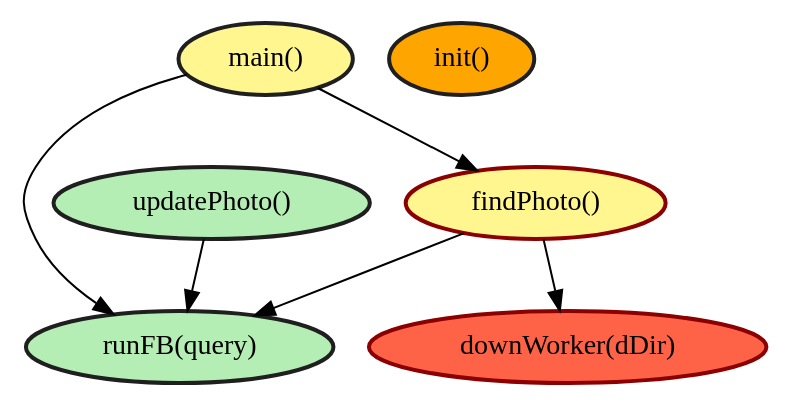
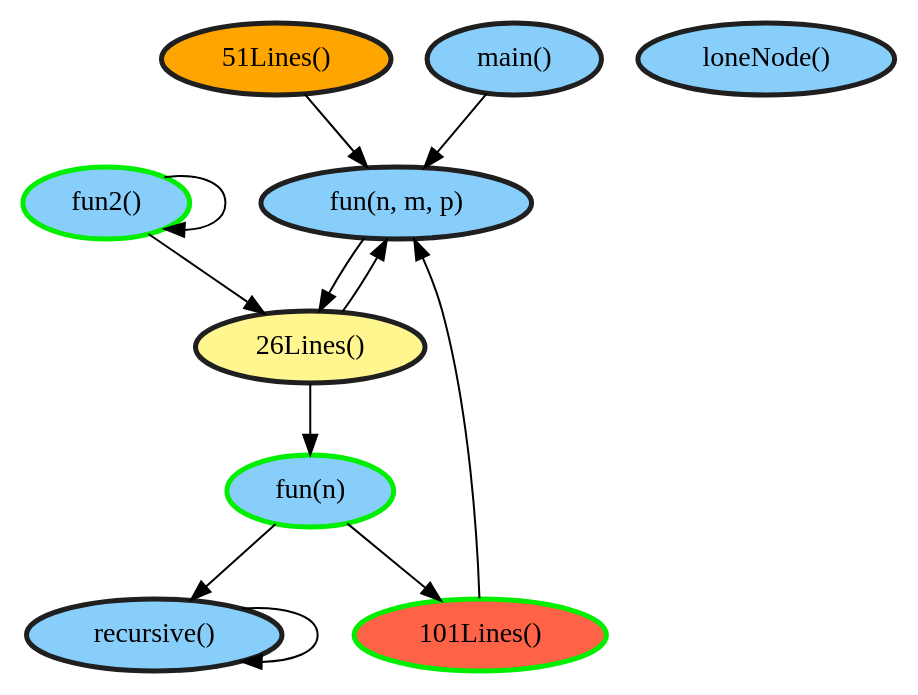
The diagram in output.dot (qstevens/CPSC410-Analysis-Visualizer), drawn with Graphviz before and after one commit. The commit also changed 5 other files, not shown here.

```diff
--- a/output.dot
+++ b/output.dot
@@ -1,20 +1,32 @@
 digraph functionAnalysis {
-" runFB(query)"[shape=oval penwidth=2  color=grey12 style=filled fillcolor=darkseagreen2] 
-" main()"->" runFB(query)"
-" findPhoto()"->" runFB(query)"
-" updatePhoto()"->" runFB(query)"
-" findPhoto()"[shape=oval penwidth=2  color=red4 style=filled fillcolor=khaki1] 
-" main()"->" findPhoto()"
-" downWorker(dDir)"[shape=oval penwidth=2  color=red4 style=filled fillcolor=tomato] 
-" findPhoto()"->" downWorker(dDir)"
-" downWorker(dDir)"[shape=oval penwidth=2  color=red4 style=filled fillcolor=tomato] 
-" runFB(query)"[shape=oval penwidth=2  color=grey12 style=filled fillcolor=darkseagreen2] 
-" init()"[shape=oval penwidth=2  color=grey12 style=filled fillcolor=orange] 
-" init()"
-" main()"[shape=oval penwidth=2  color=grey12 style=filled fillcolor=khaki1] 
+" fun(n, m, p)"[shape=oval penwidth=2.500000  color=grey12 style=filled fillcolor=lightskyblue] 
+" 51Lines()"->" fun(n, m, p)"
+" 26Lines()"->" fun(n, m, p)"
+" main()"->" fun(n, m, p)"
+" 101Lines()"->" fun(n, m, p)"
+" 26Lines()"[shape=oval penwidth=2.500000  color=grey12 style=filled fillcolor=khaki1] 
+" fun(n, m, p)"->" 26Lines()"
+" fun2()"->" 26Lines()"
+" 101Lines()"[shape=oval penwidth=2.500000  color=green2 style=filled fillcolor=tomato] 
+" fun(n)"->" 101Lines()"
+" recursive()"[shape=oval penwidth=2.500000  color=grey12 style=filled fillcolor=lightskyblue] 
+" recursive()"->" recursive()"
+" fun(n)"->" recursive()"
+" fun(n)"[shape=oval penwidth=2.500000  color=green2 style=filled fillcolor=lightskyblue] 
+" 26Lines()"->" fun(n)"
+" fun2()"[shape=oval penwidth=2.500000  color=green2 style=filled fillcolor=lightskyblue] 
+" fun2()"->" fun2()"
+" fun2()"[shape=oval penwidth=2.500000  color=green2 style=filled fillcolor=lightskyblue] 
+" loneNode()"[shape=oval penwidth=2.500000  color=grey12 style=filled fillcolor=lightskyblue] 
+" loneNode()"
+" main()"[shape=oval penwidth=2.500000  color=grey12 style=filled fillcolor=lightskyblue] 
 " main()"
-" findPhoto()"[shape=oval penwidth=2  color=red4 style=filled fillcolor=khaki1] 
-" updatePhoto()"[shape=oval penwidth=2  color=grey12 style=filled fillcolor=darkseagreen2] 
-" updatePhoto()"
+" fun(n, m, p)"[shape=oval penwidth=2.500000  color=grey12 style=filled fillcolor=lightskyblue] 
+" 26Lines()"[shape=oval penwidth=2.500000  color=grey12 style=filled fillcolor=khaki1] 
+" fun(n)"[shape=oval penwidth=2.500000  color=green2 style=filled fillcolor=lightskyblue] 
+" 51Lines()"[shape=oval penwidth=2.500000  color=grey12 style=filled fillcolor=orange] 
+" 51Lines()"
+" recursive()"[shape=oval penwidth=2.500000  color=grey12 style=filled fillcolor=lightskyblue] 
+" 101Lines()"[shape=oval penwidth=2.500000  color=green2 style=filled fillcolor=tomato] 
 
 }
```
